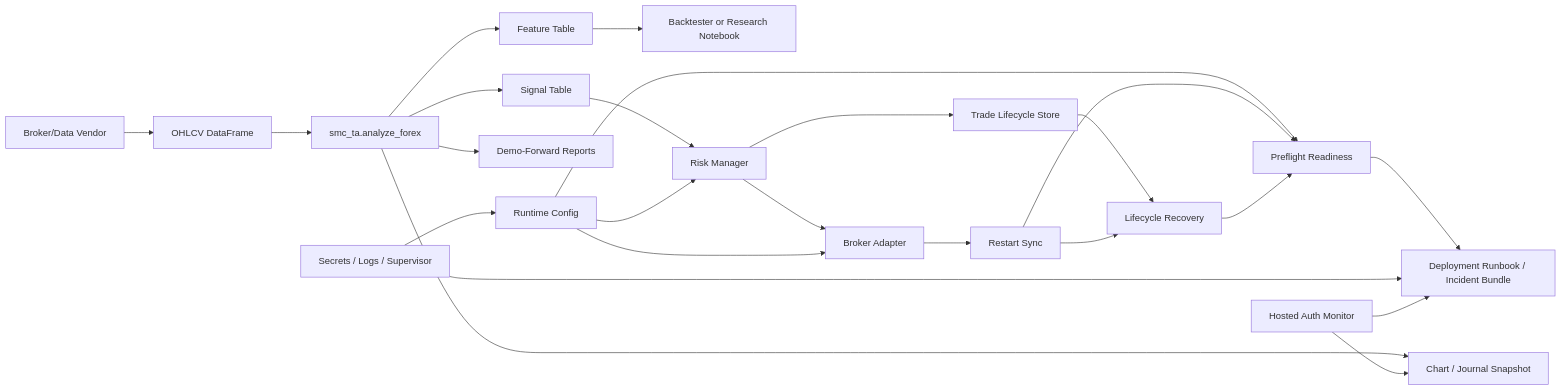
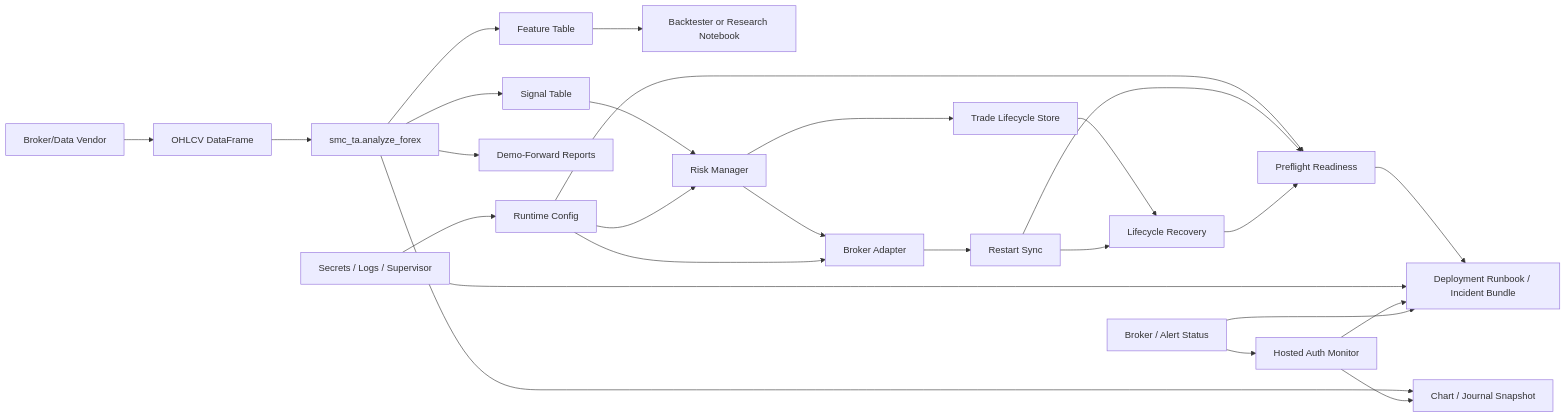
The diagram in docs/BOT_INTEGRATION.md (primebdsm/smcandta), drawn with Mermaid before and after one commit. The commit also changed other lines of this file and 20 other files, not shown here.

Commit message:
Add broker and alert status monitoring

````diff
--- a/docs/BOT_INTEGRATION.md
+++ b/docs/BOT_INTEGRATION.md
@@ -5,26 +5,28 @@
 ```mermaid
 flowchart LR
   A["Broker/Data Vendor"] --> B["OHLCV DataFrame"]
   B --> C["smc_ta.analyze_forex"]
   C --> D["Feature Table"]
   C --> E["Signal Table"]
   D --> F["Backtester or Research Notebook"]
   E --> G["Risk Manager"]
   G --> H["Broker Adapter"]
   G --> J["Trade Lifecycle Store"]
   C --> I["Chart / Journal Snapshot"]
   C --> N["Demo-Forward Reports"]
   K["Runtime Config"] --> G
   K --> H
   K --> L["Preflight Readiness"]
   H --> M["Restart Sync"]
   M --> L
   J --> O["Lifecycle Recovery"]
   M --> O
   O --> L
   L --> P["Deployment Runbook / Incident Bundle"]
   Q["Secrets / Logs / Supervisor"] --> K
   Q --> P
   R["Hosted Auth Monitor"] --> I
   R --> P
+  S["Broker / Alert Status"] --> R
+  S --> P
 ```
````
